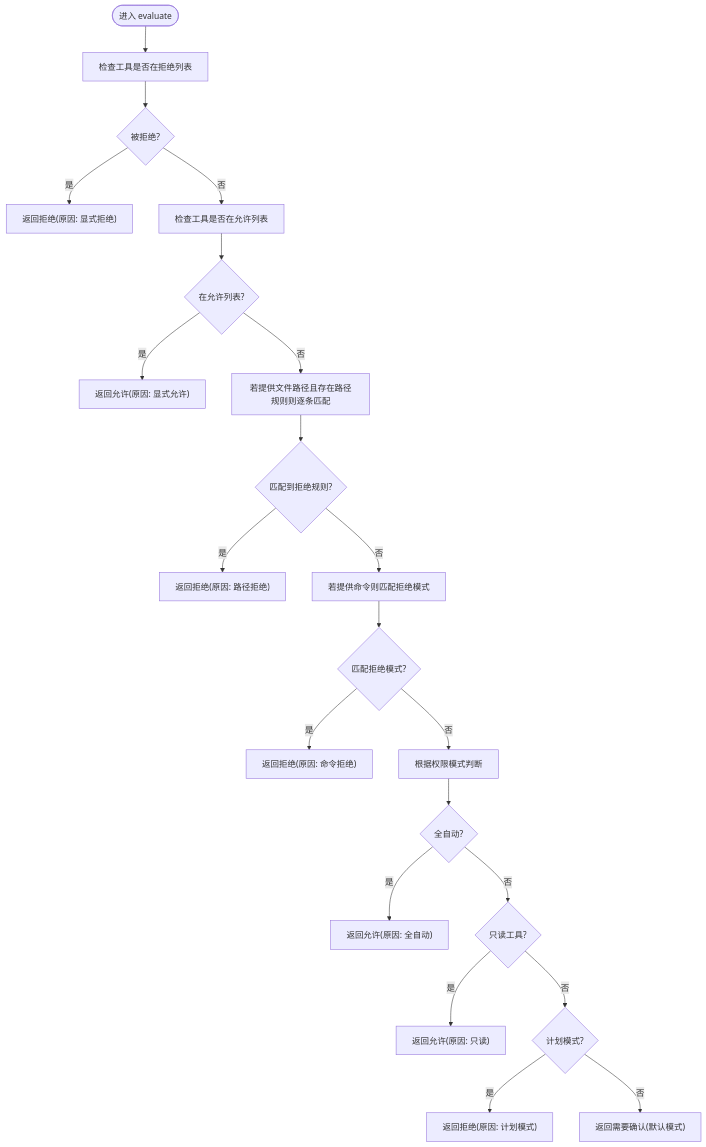
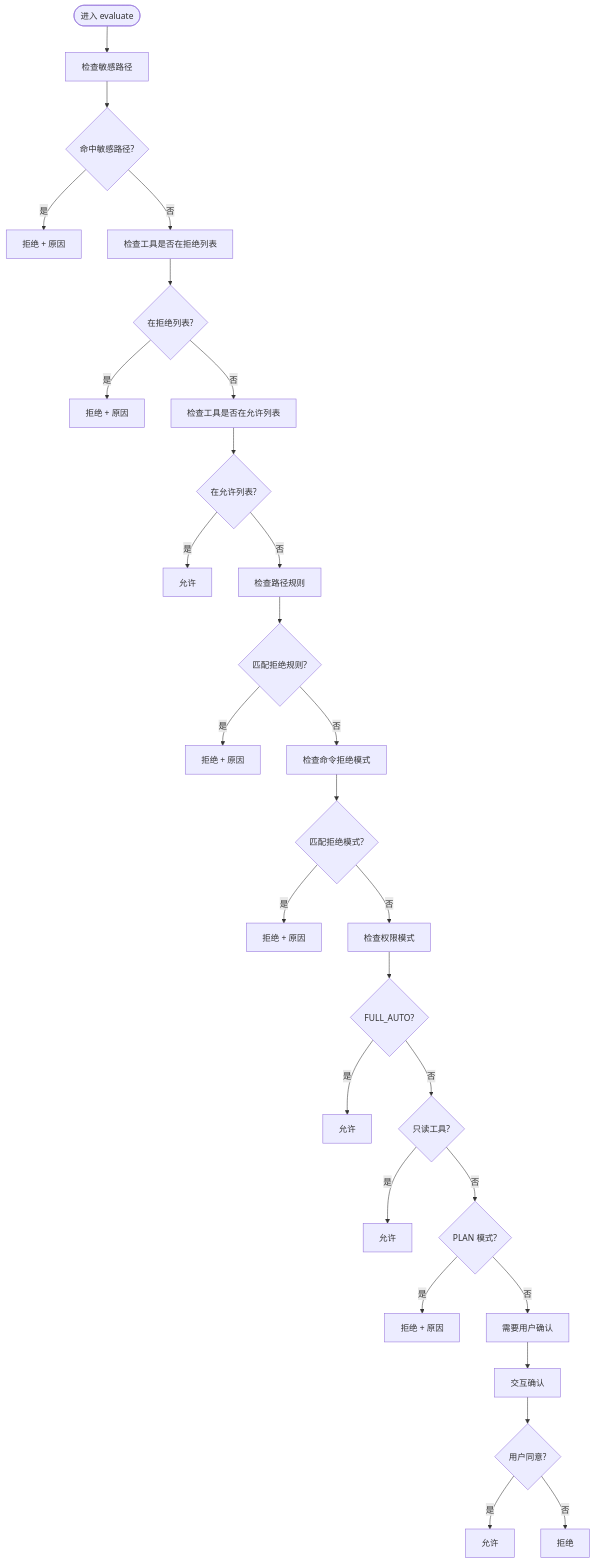
One commit to haolange/OpenHarness changed the third of 4 diagrams in .qoder/repowiki/zh/content/核心概念/权限控制系统.md. Above: the diagram before and after it, drawn with Mermaid. The commit also changed other lines of this file and 222 other files, not shown here.

````diff
--- a/.qoder/repowiki/zh/content/核心概念/权限控制系统.md
+++ b/.qoder/repowiki/zh/content/核心概念/权限控制系统.md
@@ -183,23 +171,30 @@
 ```mermaid
 flowchart TD
-Start(["进入 evaluate"]) --> CheckDenied["检查工具是否在拒绝列表"]
-CheckDenied --> Denied{"被拒绝?"}
-Denied --> |是| Deny1["返回拒绝(原因: 显式拒绝)"]
+Start(["进入 evaluate"]) --> CheckSensitive["检查敏感路径"]
+CheckSensitive --> SensitiveHit{"命中敏感路径?"}
+SensitiveHit --> |是| DenySensitive["拒绝 + 原因"]
+SensitiveHit --> |否| CheckDenied["检查工具是否在拒绝列表"]
+CheckDenied --> Denied{"在拒绝列表?"}
+Denied --> |是| DenyDenied["拒绝 + 原因"]
 Denied --> |否| CheckAllowed["检查工具是否在允许列表"]
 CheckAllowed --> Allowed{"在允许列表?"}
-Allowed --> |是| Allow1["返回允许(原因: 显式允许)"]
-Allowed --> |否| CheckPath["若提供文件路径且存在路径规则则逐条匹配"]
-CheckPath --> PathDenied{"匹配到拒绝规则?"}
-PathDenied --> |是| Deny2["返回拒绝(原因: 路径拒绝)"]
-PathDenied --> |否| CheckCmd["若提供命令则匹配拒绝模式"]
-CheckCmd --> CmdMatch{"匹配拒绝模式?"}
-CmdMatch --> |是| Deny3["返回拒绝(原因: 命令拒绝)"]
-CmdMatch --> |否| ModeCheck["根据权限模式判断"]
-ModeCheck --> FullAuto{"全自动?"}
-FullAuto --> |是| Allow2["返回允许(原因: 全自动)"]
-FullAuto --> |否| ReadOnly{"只读工具?"}
-ReadOnly --> |是| Allow3["返回允许(原因: 只读)"]
-ReadOnly --> |否| PlanMode{"计划模式?"}
-PlanMode --> |是| Deny4["返回拒绝(原因: 计划模式)"]
-PlanMode --> |否| NeedConfirm["返回需要确认(默认模式)"]
+Allowed --> |是| AllowAllowed["允许"]
+Allowed --> |否| CheckPathRules["检查路径规则"]
+CheckPathRules --> PathHit{"匹配拒绝规则?"}
+PathHit --> |是| DenyPath["拒绝 + 原因"]
+PathHit --> |否| CheckCmd["检查命令拒绝模式"]
+CheckCmd --> CmdHit{"匹配拒绝模式?"}
+CmdHit --> |是| DenyCmd["拒绝 + 原因"]
+CmdHit --> |否| CheckMode["检查权限模式"]
+CheckMode --> ModeFull{"FULL_AUTO?"}
+ModeFull --> |是| AllowFull["允许"]
+ModeFull --> |否| ReadOnly{"只读工具?"}
+ReadOnly --> |是| AllowRO["允许"]
+ReadOnly --> |否| ModePlan{"PLAN 模式?"}
+ModePlan --> |是| DenyPlan["拒绝 + 原因"]
+ModePlan --> |否| NeedConfirm["需要用户确认"]
+NeedConfirm --> Confirm["交互确认"]
+Confirm --> Confirmed{"用户同意?"}
+Confirmed --> |是| AllowConfirm["允许"]
+Confirmed --> |否| DenyConfirm["拒绝"]
 ```
````
